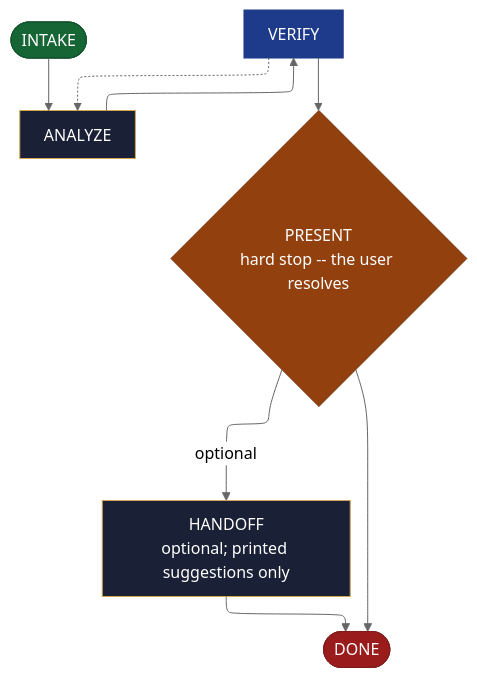
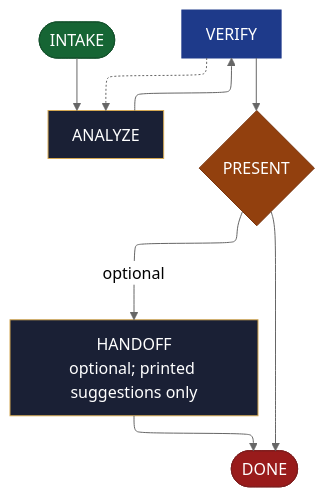
The diagram in site/src/content/docs/skills/aid-report.md (AndreVianna/aid-methodology), drawn with Mermaid (neutral theme) before and after one commit. The commit also changed 11 other files, not shown here.

````diff
--- a/site/src/content/docs/skills/aid-report.md
+++ b/site/src/content/docs/skills/aid-report.md
@@ -20,43 +20,43 @@
 ```mermaid
 ---
 config:
   layout: elk
   flowchart:
     nodeSpacing: 55
     rankSpacing: 65
     padding: 12
     useMaxWidth: true
 ---
 flowchart TB
   classDef aidNode color:#fff
   classDef aidEntry fill:#166534,stroke:#14532d,color:#fff
   classDef aidExit fill:#991b1b,stroke:#7f1d1d,color:#fff
   classDef aidDecision fill:#92400e,stroke:#78350f,color:#fff
   classDef aidLoopBack fill:#1e3a8a,stroke:#1e3a8a,color:#fff
   classDef aidStep fill:#1a2035,stroke:#d4a853,color:#f1f5f9
   n1(["INTAKE"])
   n2["ANALYZE"]
   n3["VERIFY"]
-  n4{"PRESENT<br/>hard stop -- the user resolves"}
+  n4{"PRESENT"}
   n5["HANDOFF<br/>optional; printed suggestions only"]
   n6(["DONE"])
   n1 --> n2
   n2 --> n3
   n3 -.-> n2
   n3 --> n4
   n4 -->|"optional"| n5
   n4 --> n6
   n5 --> n6
   class n1 aidEntry
   class n2 aidStep
   class n3 aidLoopBack
   class n4 aidDecision
   class n5 aidStep
   class n6 aidExit
   class n1 aidNode
   class n2 aidNode
   class n3 aidNode
   class n4 aidNode
   class n5 aidNode
   class n6 aidNode
 ```
````
